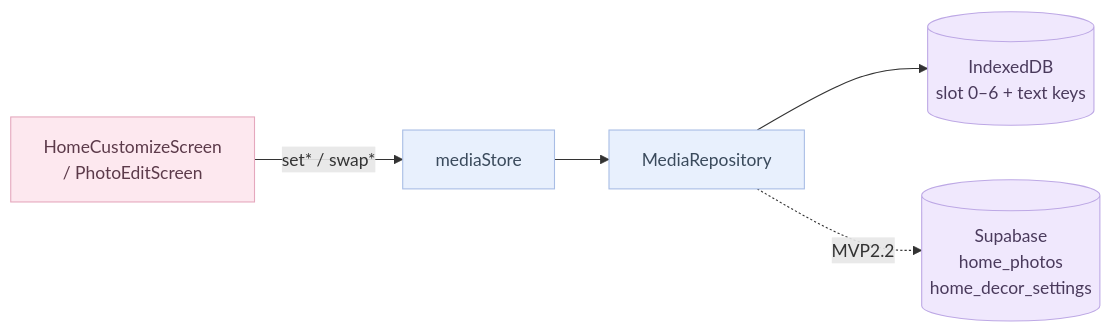
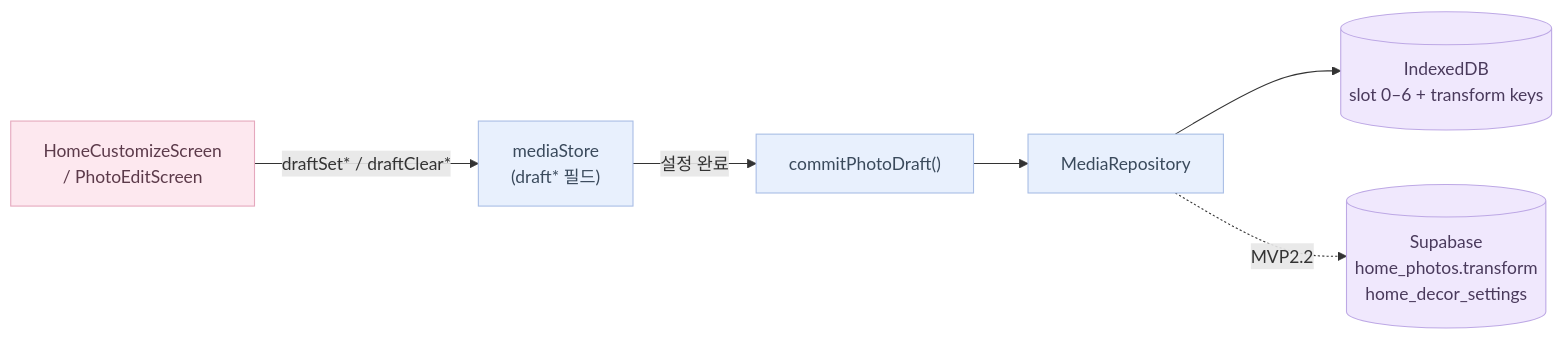
One commit to soojjung/dwee-wellness-tracker changed the sixth of 6 diagrams in docs/flows/customize.md. Above: the diagram before and after it, drawn with Mermaid. The commit also changed other lines of this file and 33 other files, not shown here.

First line of the commit message:
refactor(home): customize flow — draft mode + non-destructive crop + removal UX (#29)

````diff
--- a/docs/flows/customize.md
+++ b/docs/flows/customize.md
@@ -91,20 +144,22 @@
 ```mermaid
 flowchart LR
     Screen[HomeCustomizeScreen\n/ PhotoEditScreen]
-    Store[mediaStore]
+    DraftStore["mediaStore\n(draft* 필드)"]
+    Commit["commitPhotoDraft()"]
     Repo[MediaRepository]
-    IDB[(IndexedDB\nslot 0–6 + text keys)]
-    SB[(Supabase\nhome_photos\nhome_decor_settings)]
+    IDB[(IndexedDB\nslot 0–6 + transform keys)]
+    SB[(Supabase\nhome_photos.transform\nhome_decor_settings)]
 
-    Screen -->|"set* / swap*"| Store
-    Store --> Repo
+    Screen -->|"draftSet* / draftClear*"| DraftStore
+    DraftStore -->|"설정 완료"| Commit
+    Commit --> Repo
     Repo --> IDB
     Repo -.->|"MVP2.2"| SB
 
     classDef ui fill:#FDE8EF,stroke:#E5A8BD,color:#5C3A4A;
     classDef logic fill:#E8F0FD,stroke:#A8BDE5,color:#3A4A5C;
     classDef db fill:#F0E8FD,stroke:#BDA8E5,color:#4A3A5C;
     class Screen ui;
-    class Store,Repo logic;
+    class DraftStore,Commit,Repo logic;
     class IDB,SB db;
 ```
````
